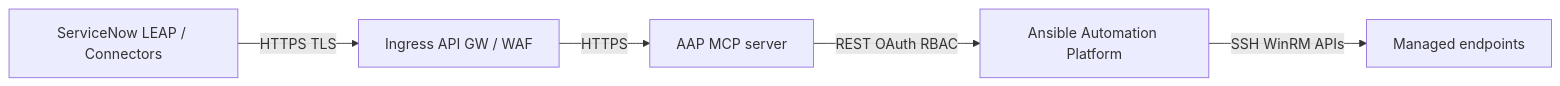
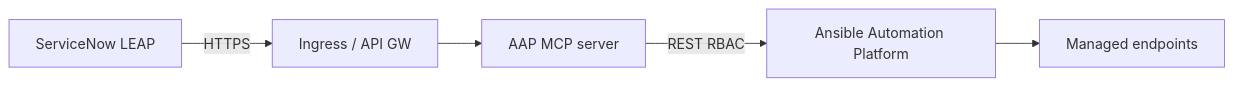
One commit to ansible-tmm/solution-guides changed the second of 2 diagrams in README-AIOps-ServiceNow.md. Above: the diagram before and after it, drawn with Mermaid. The commit also changed other lines of this file and 9 other files, not shown here.

First line of the commit message:
Merge ServiceNow ITSM enrichment and LEAP+MCP into one Solution Guide

````diff
--- a/README-AIOps-ServiceNow.md
+++ b/README-AIOps-ServiceNow.md
@@ -121,10 +254,10 @@
 ```mermaid
 flowchart LR
-  SN[ServiceNow LEAP / Connectors]
-  GW[Ingress API GW / WAF]
+  SN[ServiceNow LEAP]
+  GW[Ingress / API GW]
   MCP[AAP MCP server]
   AAP[Ansible Automation Platform]
   TGT[Managed endpoints]
 
-  SN -->|HTTPS TLS| GW -->|HTTPS| MCP -->|REST OAuth RBAC| AAP -->|SSH WinRM APIs| TGT
+  SN -->|HTTPS| GW --> MCP -->|REST RBAC| AAP --> TGT
 ```
````
